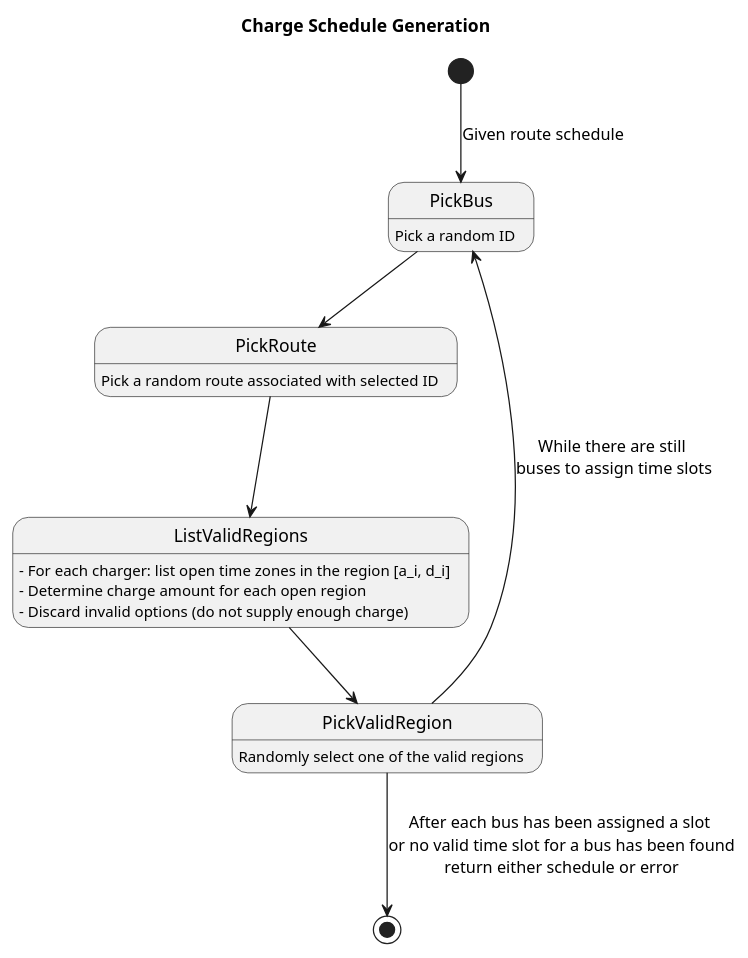
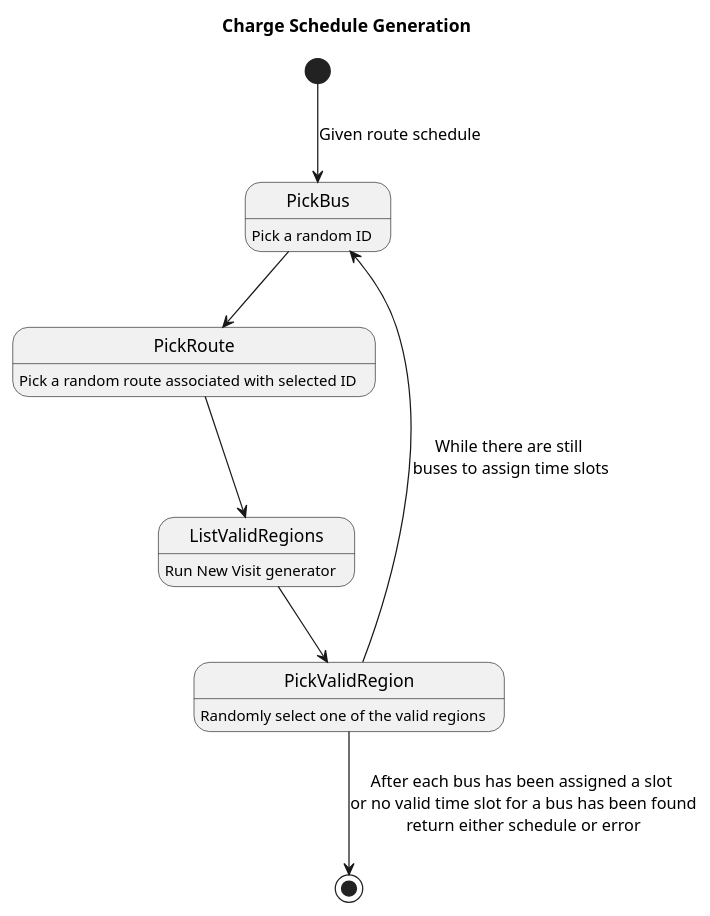
One commit to alexb7711/sa-pap changed the diagram in docs/uml/charge_solution.puml. Above: the diagram before and after it, drawn with PlantUML. The commit also changed 3 other files, not shown here.

```diff
--- a/docs/uml/charge_solution.puml
+++ b/docs/uml/charge_solution.puml
@@ -1,22 +1,20 @@
 @startuml
 
 title Charge Schedule Generation
 
 [*] --> PickBus : Given route schedule
 PickBus : Pick a random ID
 
 PickBus --> PickRoute
 PickRoute : Pick a random route associated with selected ID
 
 PickRoute --> ListValidRegions
-ListValidRegions : - For each charger: list open time zones in the region [a_i, d_i]
-ListValidRegions : - Determine charge amount for each open region
-ListValidRegions : - Discard invalid options (do not supply enough charge)
+ListValidRegions : Run New Visit generator
 
 ListValidRegions --> PickValidRegion
 PickValidRegion : Randomly select one of the valid regions
 
 PickValidRegion --> PickBus : While there are still \nbuses to assign time slots
 PickValidRegion --> [*] : After each bus has been assigned a slot \nor no valid time slot for a bus has been found\nreturn either schedule or error
 
 @enduml
```
